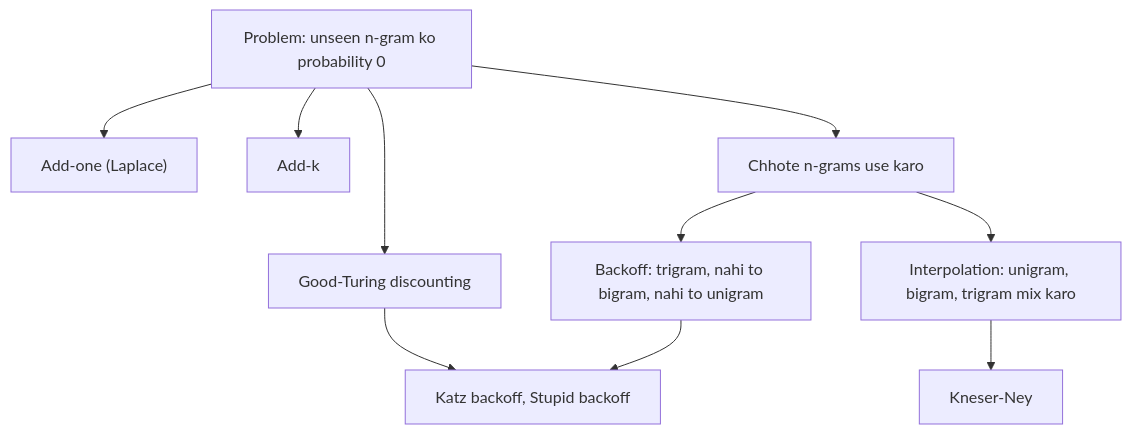
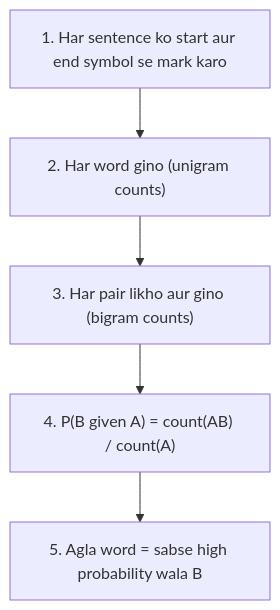
Before and after one commit to TrendySloth1001/sem-seven-notes: the second of 3 diagrams in content/natural-language-processing/notes/ngram-language-models.hi.mdx, drawn with Mermaid. The commit also changed other lines of this file and 406 other files, not shown here.

````diff
--- a/content/natural-language-processing/notes/ngram-language-models.hi.mdx
+++ b/content/natural-language-processing/notes/ngram-language-models.hi.mdx
@@ -378,13 +93,8 @@
 ```mermaid
-%% caption: Smoothing ka parivaar. Add-one aur add-k counts seedhe badalte hain; Good-Turing counts ko is se re-estimate karta hai ki kitne words ek baar dikhe; interpolation aur backoff lamba n-gram miss hone par chhote n-grams use karte hain; Kneser-Ney lower-order model banane ka tareeka behtar karta hai.
+%% caption: Har bigram question ka method. Yahi paanch steps exam ke har corpus ko solve karte hain.
 flowchart TD
-  Z["Problem: unseen n-gram ko probability 0"] --> A["Add-one (Laplace)"]
-  Z --> B["Add-k"]
-  Z --> C["Good-Turing discounting"]
-  Z --> D["Chhote n-grams use karo"]
-  D --> E["Interpolation: unigram, bigram, trigram mix karo"]
-  D --> F["Backoff: trigram, nahi to bigram, nahi to unigram"]
-  F --> G["Katz backoff, Stupid backoff"]
-  E --> H["Kneser-Ney"]
-  C --> G
+  A["1. Har sentence ko start aur end symbol se mark karo"] --> B["2. Har word gino (unigram counts)"]
+  B --> C["3. Har pair likho aur gino (bigram counts)"]
+  C --> D["4. P(B given A) = count(AB) / count(A)"]
+  D --> E["5. Agla word = sabse high probability wala B"]
 ```
````
